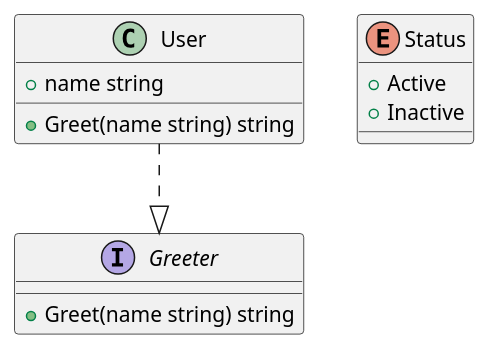
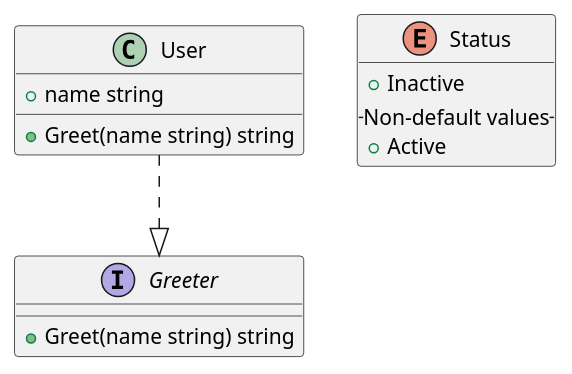
The diagram in input/generator_testdata/interface_and_methods.puml (yur4uwe/puml-as-code), drawn with PlantUML before and after one commit. The commit also changed 9 other files, not shown here.

```diff
--- a/input/generator_testdata/interface_and_methods.puml
+++ b/input/generator_testdata/interface_and_methods.puml
@@ -1,16 +1,17 @@
 @startuml
 interface Greeter {
   +Greet(name string) string
 }
 
 class User {
   +name string
   +Greet(name string) string
 }
 User ..|> Greeter
 
 enum Status {
+  +Inactive
+  -- Non-default values --
   +Active
-  +Inactive
 }
 @enduml
```
